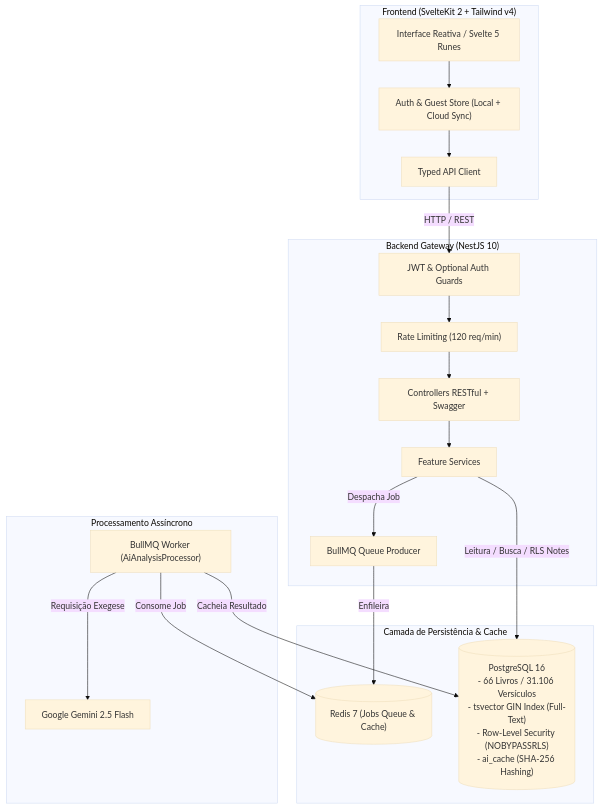
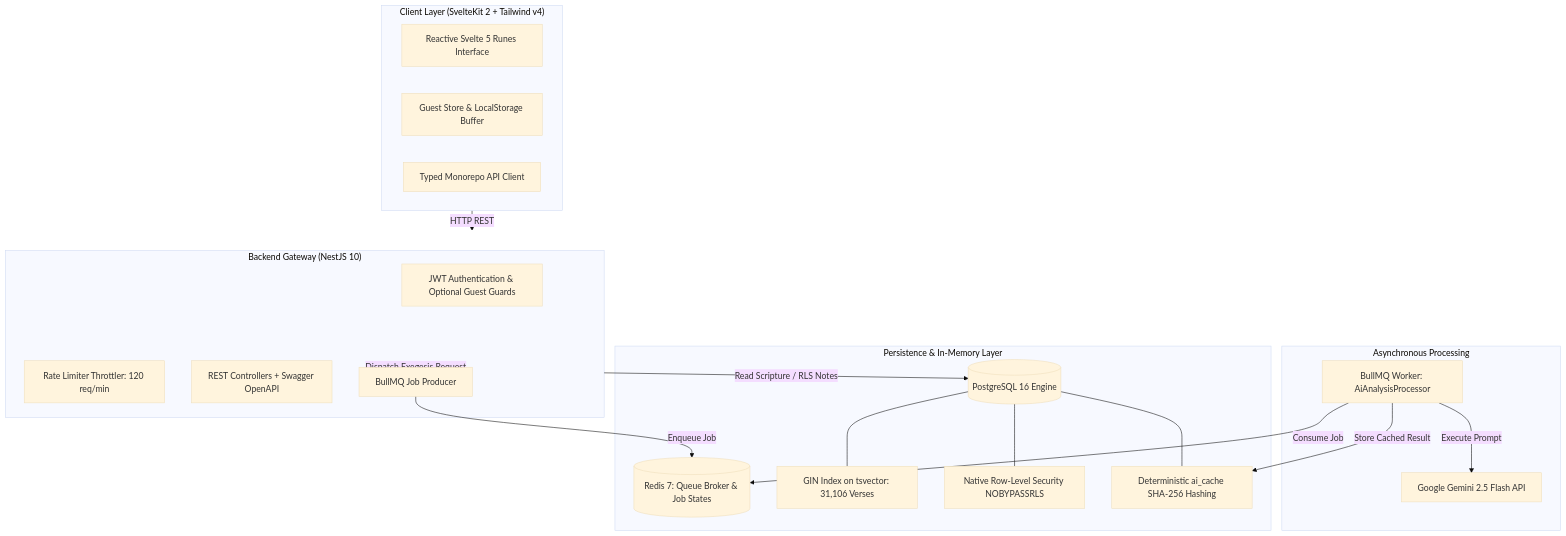
Before and after one commit to neverleans/bible-study-app: the diagram in README.md, drawn with Mermaid (base theme). The commit also changed other lines of this file and 1 other file, not shown here.

````diff
--- a/README.md
+++ b/README.md
@@ -23,38 +38,39 @@
 ```mermaid
 flowchart TD
-    subgraph Client["Frontend (SvelteKit 2 + Tailwind v4)"]
-        UI["Interface Reativa / Svelte 5 Runes"]
-        Store["Auth & Guest Store (Local + Cloud Sync)"]
-        ClientAPI["Typed API Client"]
+    subgraph ClientLayer ["Client Layer (SvelteKit 2 + Tailwind v4)"]
+        A[Reactive Svelte 5 Runes Interface]
+        B[Guest Store & LocalStorage Buffer]
+        C[Typed Monorepo API Client]
     end
 
-    subgraph API["Backend Gateway (NestJS 10)"]
-        Guard["JWT & Optional Auth Guards"]
-        Throttler["Rate Limiting (120 req/min)"]
-        Controller["Controllers RESTful + Swagger"]
-        Service["Feature Services"]
-        QueueProducer["BullMQ Queue Producer"]
+    subgraph APIGateway ["Backend Gateway (NestJS 10)"]
+        D[JWT Authentication & Optional Guest Guards]
+        E[Rate Limiter Throttler: 120 req/min]
+        F[REST Controllers + Swagger OpenAPI]
+        G[BullMQ Job Producer]
     end
 
-    subgraph Workers["Processamento Assíncrono"]
-        Worker["BullMQ Worker (AiAnalysisProcessor)"]
-        Gemini["Google Gemini 2.5 Flash"]
+    subgraph WorkerPool ["Asynchronous Processing"]
+        H[BullMQ Worker: AiAnalysisProcessor]
+        I[Google Gemini 2.5 Flash API]
     end
 
-    subgraph Storage["Camada de Persistência & Cache"]
-        Redis[("Redis 7 (Jobs Queue & Cache)")]
-        PG[("PostgreSQL 16\n- 66 Livros / 31.106 Versículos\n- tsvector GIN Index (Full-Text)\n- Row-Level Security (NOBYPASSRLS)\n- ai_cache (SHA-256 Hashing)")]
+    subgraph DataPersistence ["Persistence & In-Memory Layer"]
+        J[(Redis 7: Queue Broker & Job States)]
+        K[(PostgreSQL 16 Engine)]
+        L[GIN Index on tsvector: 31,106 Verses]
+        M[Native Row-Level Security NOBYPASSRLS]
+        N[Deterministic ai_cache SHA-256 Hashing]
     end
 
-    UI --> Store
-    Store --> ClientAPI
-    ClientAPI -->|HTTP / REST| Guard
-    Guard --> Throttler --> Controller --> Service
-
-    Service -->|Leitura / Busca / RLS Notes| PG
-    Service -->|Despacha Job| QueueProducer
-    QueueProducer -->|Enfileira| Redis
-    Worker -->|Consome Job| Redis
-    Worker -->|Requisição Exegese| Gemini
-    Worker -->|Cacheia Resultado| PG
+    ClientLayer -->|HTTP REST| APIGateway
+    APIGateway -->|Read Scripture / RLS Notes| K
+    APIGateway -->|Dispatch Exegesis Request| G
+    G -->|Enqueue Job| J
+    H -->|Consume Job| J
+    H -->|Execute Prompt| I
+    H -->|Store Cached Result| N
+    K --- L
+    K --- M
+    K --- N
 ```
````
